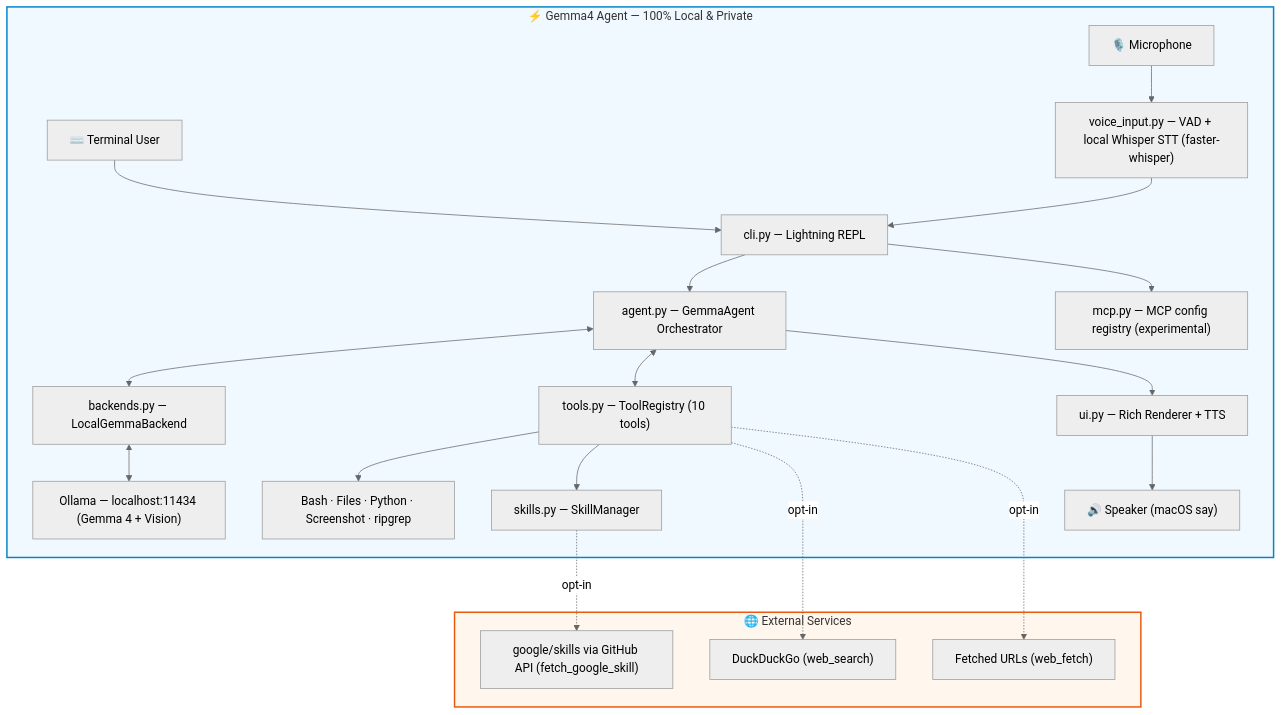
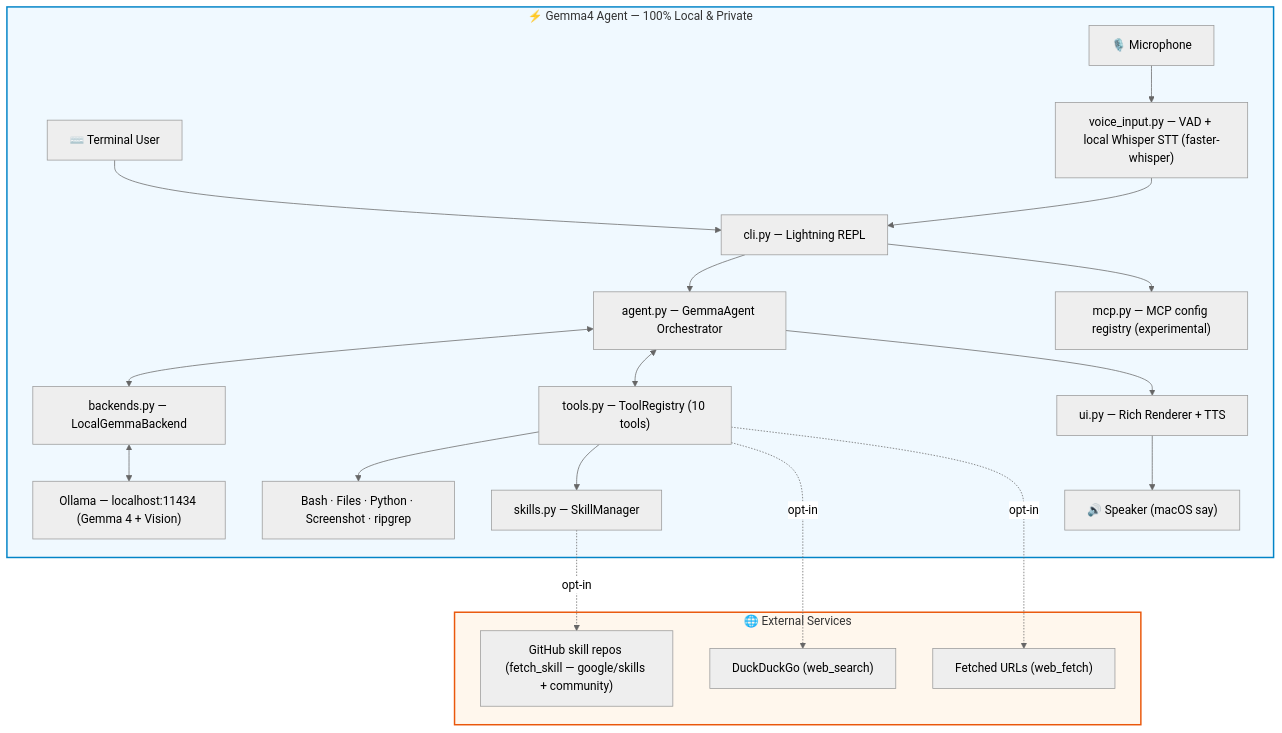
The diagram in README.md (arjunprabhulal/gemma4-agent), drawn with Mermaid before and after one commit. The commit also changed other lines of this file and 7 other files, not shown here.

First line of the commit message:
feat(skills): fetch Agent Skills from any GitHub repo, not only google/skills

````diff
--- a/README.md
+++ b/README.md
@@ -178,28 +178,28 @@
 ```mermaid
 %%{init: {'theme': 'neutral'}}%%
 graph TD
     subgraph LOCAL["⚡ Gemma4 Agent — 100% Local & Private"]
         User["⌨️ Terminal User"] --> CLI["cli.py — Lightning REPL"]
         Mic["🎙️ Microphone"] --> Voice["voice_input.py — VAD + local Whisper STT (faster-whisper)"]
         Voice --> CLI
         CLI --> Agent["agent.py — GemmaAgent Orchestrator"]
         Agent <--> Backend["backends.py — LocalGemmaBackend"]
         Backend <--> Ollama["Ollama — localhost:11434 (Gemma 4 + Vision)"]
         Agent <--> Registry["tools.py — ToolRegistry (10 tools)"]
         Registry --> SystemTools["Bash · Files · Python · Screenshot · ripgrep"]
         Registry --> Skills["skills.py — SkillManager"]
         CLI --> MCP["mcp.py — MCP config registry (experimental)"]
         Agent --> UI["ui.py — Rich Renderer + TTS"]
         UI --> Speaker["🔊 Speaker (macOS say)"]
     end
     subgraph NET["🌐 External Services"]
         DDG["DuckDuckGo (web_search)"]
         Web["Fetched URLs (web_fetch)"]
-        GitHub["google/skills via GitHub API (fetch_google_skill)"]
+        GitHub["GitHub skill repos (fetch_skill — google/skills + community)"]
     end
     Registry -. "opt-in" .-> DDG
     Registry -. "opt-in" .-> Web
     Skills -. "opt-in" .-> GitHub
     style LOCAL fill:#f0f9ff,stroke:#0284c7,stroke-width:2px
     style NET fill:#fff7ed,stroke:#ea580c,stroke-width:2px
 ```
````
